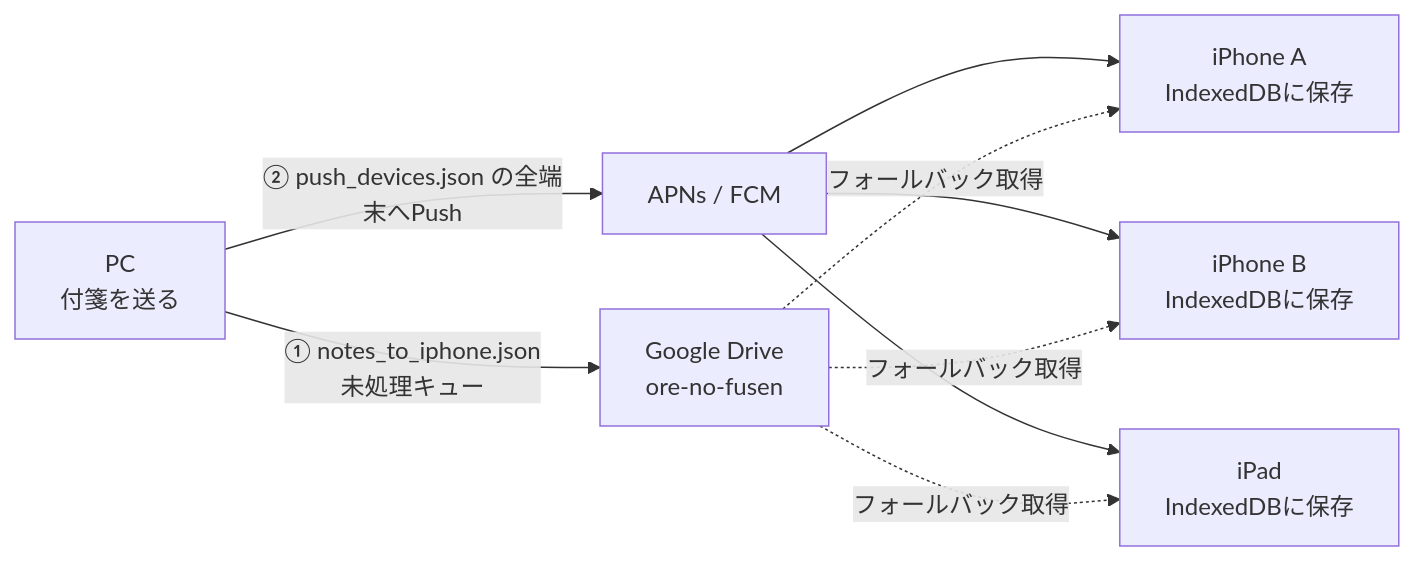
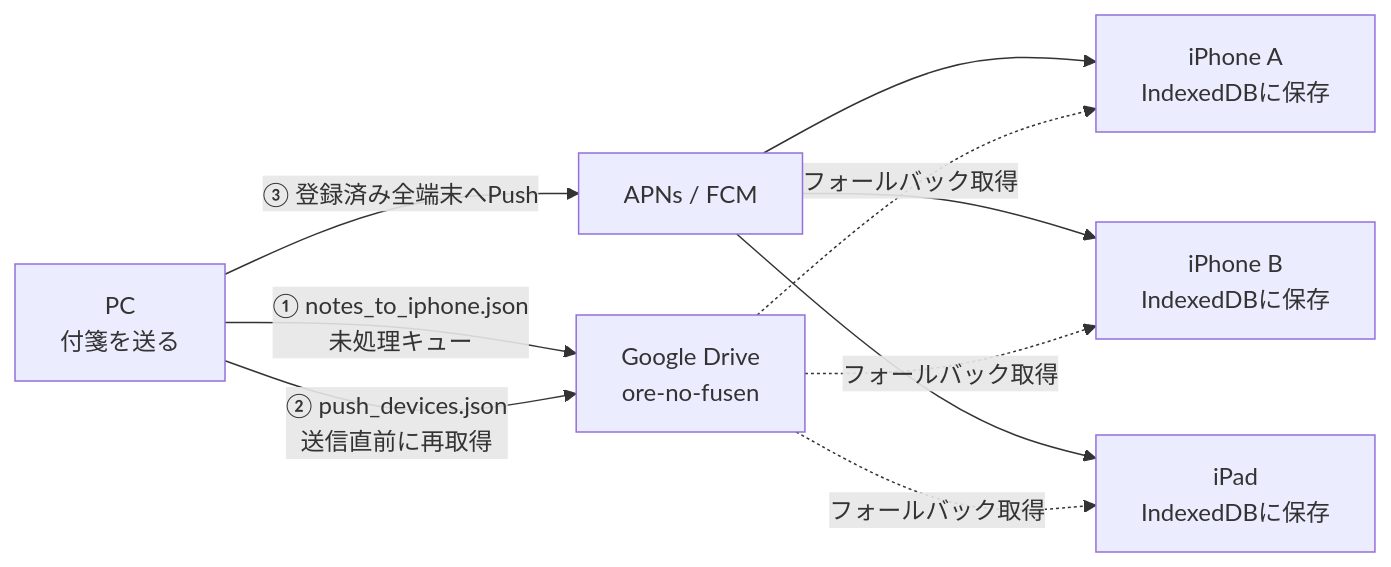
One commit to ore-no-fusen/ore-no-fusen changed the fourth of 9 diagrams in docs-v2/003_IPHONE.md. Above: the diagram before and after it, drawn with Mermaid. The commit also changed other lines of this file and 7 other files, not shown here.

````diff
--- a/docs-v2/003_IPHONE.md
+++ b/docs-v2/003_IPHONE.md
@@ -664,11 +677,12 @@
 ```mermaid
 flowchart LR
     PC["PC<br>付箋を送る"] -->|"① notes_to_iphone.json<br>未処理キュー"| Drive["Google Drive<br>ore-no-fusen"]
-    PC -->|"② push_devices.json の全端末へPush"| Push["APNs / FCM"]
+    PC -->|"② push_devices.json<br>送信直前に再取得"| Drive
+    PC -->|"③ 登録済み全端末へPush"| Push["APNs / FCM"]
     Push --> IP1["iPhone A<br>IndexedDBに保存"]
     Push --> IP2["iPhone B<br>IndexedDBに保存"]
     Push --> IP3["iPad<br>IndexedDBに保存"]
     Drive -.->|"フォールバック取得"| IP1
     Drive -.->|"フォールバック取得"| IP2
     Drive -.->|"フォールバック取得"| IP3
 ```
````
